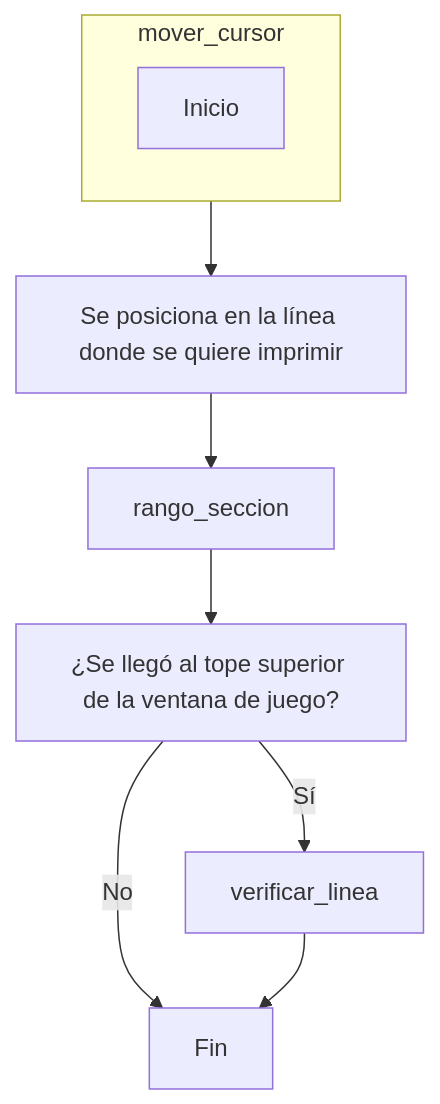
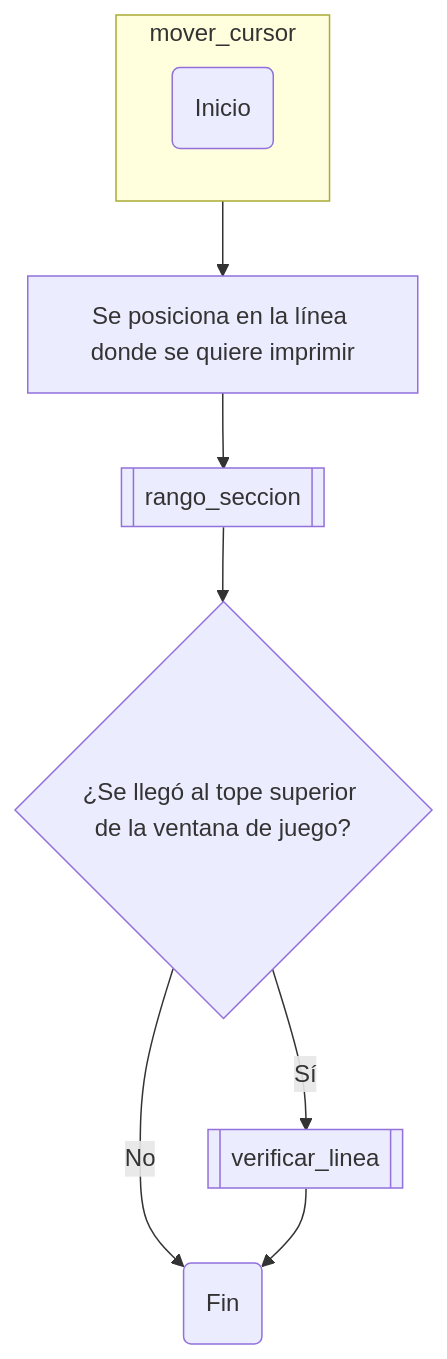
Before and after one commit to JuanJoToAl/Juego---Los_vivos_mienten: the eighth of 13 diagrams in README.md, drawn with Mermaid. The commit also changed other lines of this file, not shown here.

Commit message:
actualización códigos y diagramas

````diff
--- a/README.md
+++ b/README.md
@@ -477,18 +536,18 @@
 ```mermaid
 flowchart TB
     subgraph s1["mover_cursor"]
-        n1["Inicio"]
+        n1("Inicio")
     end
-    n3["¿Se llegó al tope superior de la ventana de juego?"] -- Sí --> n4["verificar_linea"]
-    n3 -- No --> n5["Fin"]
+    n3{"¿Se llegó al tope superior de la ventana de juego?"} -- Sí --> n4[["verificar_linea"]]
+    n3 -- No --> n5("Fin")
     s1 --> n17["Se posiciona en la línea donde se quiere imprimir"]
-    n17 --> n18["rango_seccion"]
+    n17 --> n18[["rango_seccion"]]
     n18 --> n3
     n4 --> n5
 
     class n1 rounded
     class n3 diamond
     class n4 subroutine
     class n5 rounded
     class n18 subroutine
 ```
````
